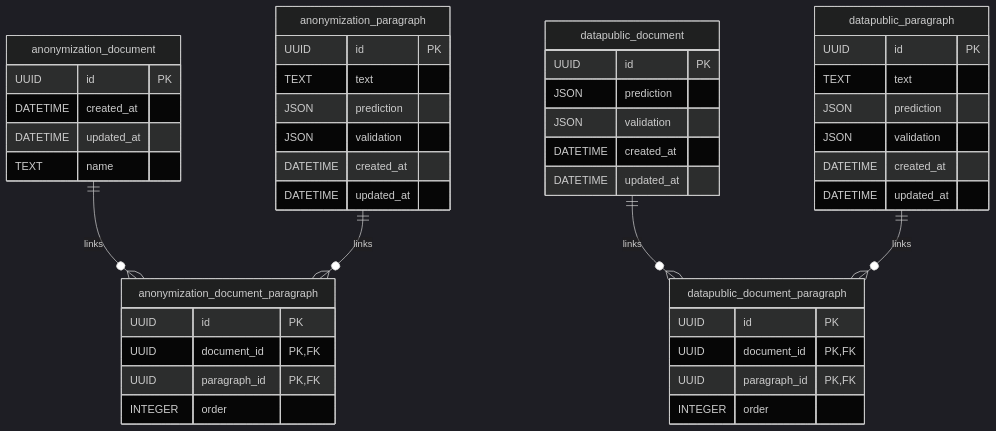
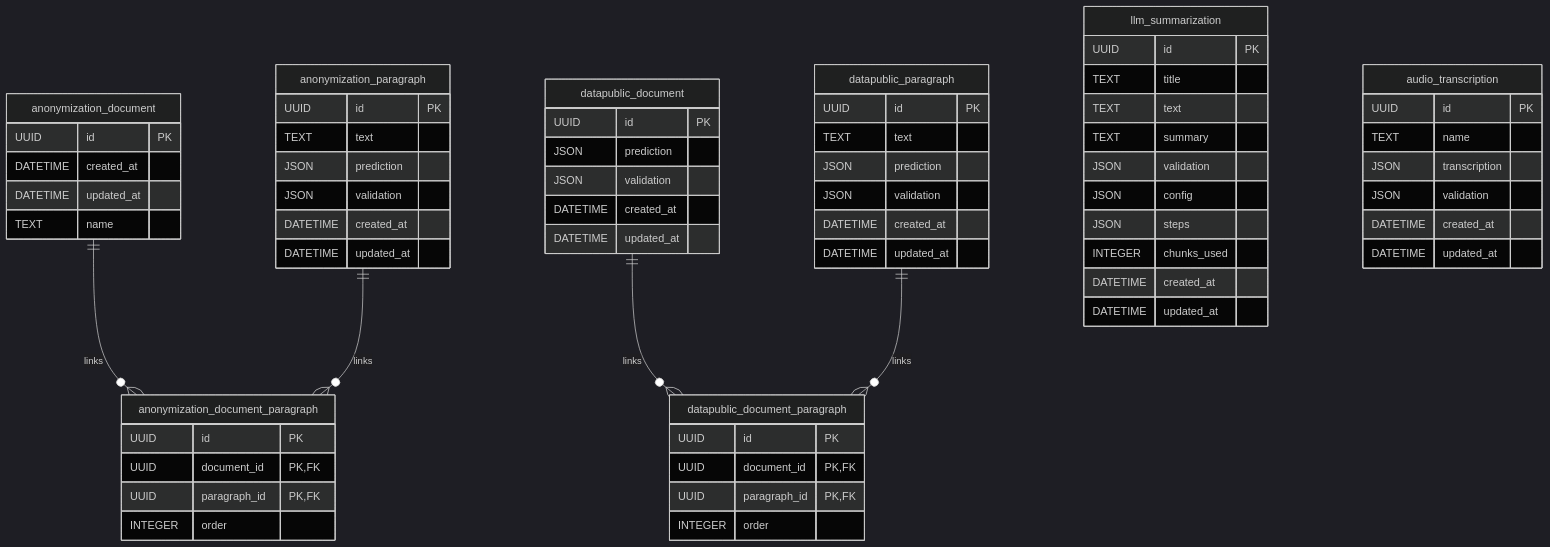
One commit to AymurAI/aymurai changed the diagram in docs/database/schema.mmd. Above: the diagram before and after it, drawn with Mermaid (dark theme). The commit also changed 35 other files, not shown here.

```diff
--- a/docs/database/schema.mmd
+++ b/docs/database/schema.mmd
@@ -1,53 +1,74 @@
 erDiagram
     anonymization_document {
         UUID id PK
         DATETIME created_at
         DATETIME updated_at
         TEXT name
     }
 
     anonymization_paragraph {
         UUID id PK
         TEXT text
         JSON prediction
         JSON validation
         DATETIME created_at
         DATETIME updated_at
     }
 
     anonymization_document_paragraph {
         UUID id PK
         UUID document_id PK, FK
         UUID paragraph_id PK, FK
         INTEGER order
     }
 
     datapublic_document {
         UUID id PK
         JSON prediction
         JSON validation
         DATETIME created_at
         DATETIME updated_at
     }
 
     datapublic_paragraph {
         UUID id PK
         TEXT text
         JSON prediction
         JSON validation
         DATETIME created_at
         DATETIME updated_at
     }
 
     datapublic_document_paragraph {
         UUID id PK
         UUID document_id PK, FK
         UUID paragraph_id PK, FK
         INTEGER order
     }
 
+    llm_summarization {
+        UUID id PK
+        TEXT title
+        TEXT text
+        TEXT summary
+        JSON validation
+        JSON config
+        JSON steps
+        INTEGER chunks_used
+        DATETIME created_at
+        DATETIME updated_at
+    }
+
+    audio_transcription {
+        UUID id PK
+        TEXT name
+        JSON transcription
+        JSON validation
+        DATETIME created_at
+        DATETIME updated_at
+    }
+
     anonymization_document ||--o{ anonymization_document_paragraph : links
     anonymization_paragraph ||--o{ anonymization_document_paragraph : links
-
     datapublic_document ||--o{ datapublic_document_paragraph : links
     datapublic_paragraph ||--o{ datapublic_document_paragraph : links
```
